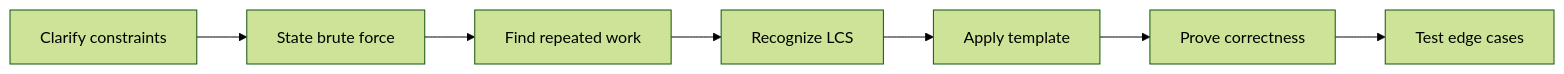
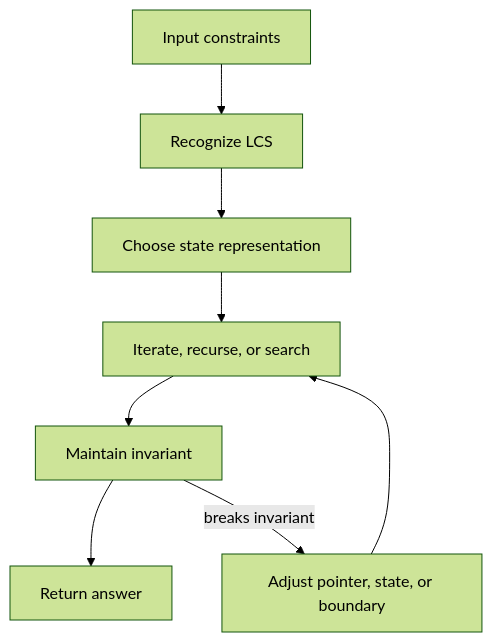
The second of 2 diagrams in coding-round/patterns/dynamic-programming-track/lcs/index.md (abstractinterviews/abstractinterviews.github.io), drawn with Mermaid (forest theme) before and after one commit. The commit also changed other lines of this file and 278 other files, not shown here.

````diff
--- a/coding-round/patterns/dynamic-programming-track/lcs/index.md
+++ b/coding-round/patterns/dynamic-programming-track/lcs/index.md
@@ -123,9 +121,10 @@
-~~~mermaid
-flowchart LR
-    A["Clarify constraints"] --> B["State brute force"]
-    B --> C["Find repeated work"]
-    C --> D["Recognize LCS"]
-    D --> E["Apply template"]
-    E --> F["Prove correctness"]
-    F --> G["Test edge cases"]
-~~~
+```mermaid
+flowchart TD
+    Input["Input constraints"] --> Pattern["Recognize LCS"]
+    Pattern --> State["Choose state representation"]
+    State --> Iterate["Iterate, recurse, or search"]
+    Iterate --> Check["Maintain invariant"]
+    Check --> Result["Return answer"]
+    Check -->|breaks invariant| Fix["Adjust pointer, state, or boundary"]
+    Fix --> Iterate
+```
````
